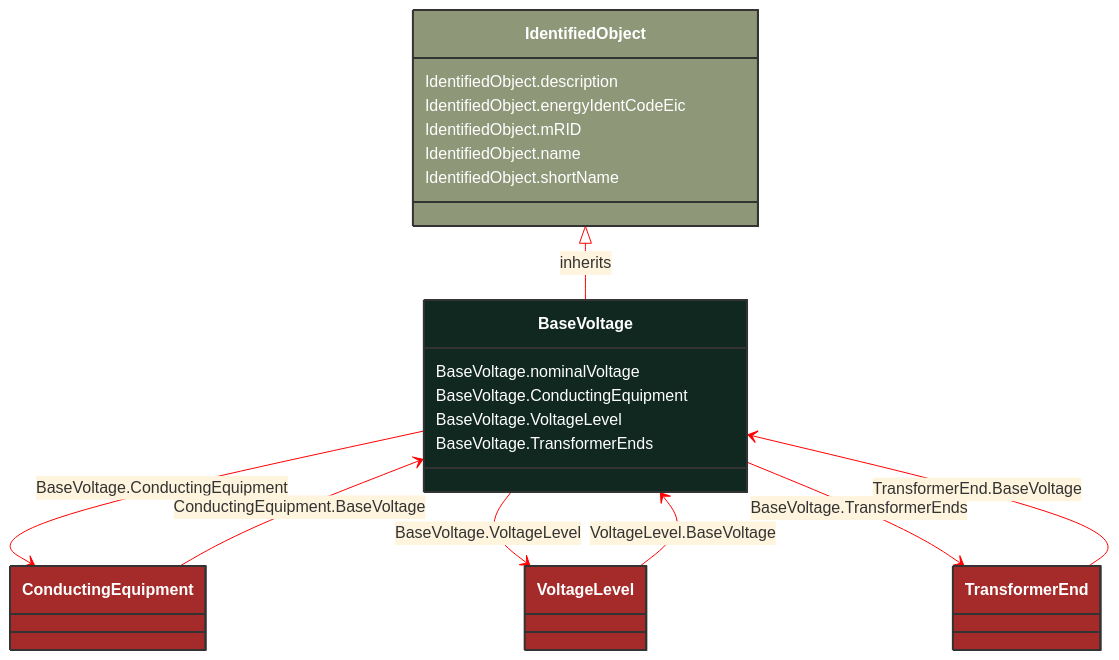
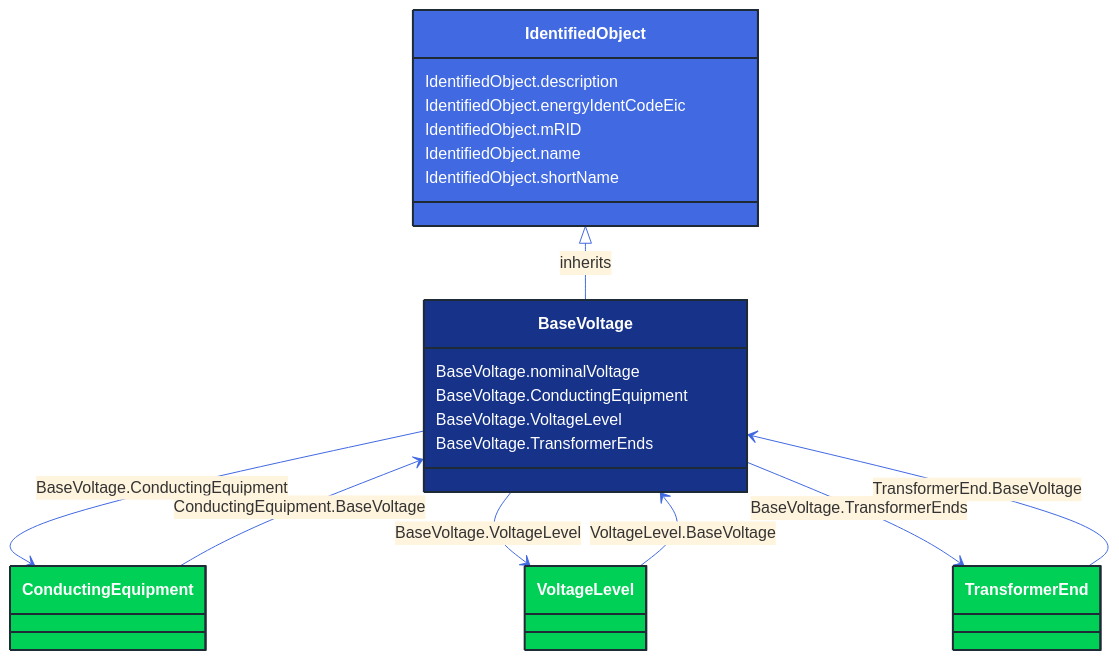
One commit to 3lbits/NoCIMExtensions changed the diagram in docs/Models/Profiles/CoreEquipment/ConcreteClasses/BaseVoltage.md. Above: the diagram before and after it, drawn with Mermaid. The commit also changed 362 other files, not shown here.

First line of the commit message:
Update diagrams and styles for improved visual consistency

````diff
--- a/docs/Models/Profiles/CoreEquipment/ConcreteClasses/BaseVoltage.md
+++ b/docs/Models/Profiles/CoreEquipment/ConcreteClasses/BaseVoltage.md
@@ -8,56 +8,56 @@
 ```mermaid
-%%{init: {'theme':'base','themeVariables': {'lineColor': '#FF0000'}}}%%
+%%{init: {'theme':'base','themeVariables': {'lineColor': '#4169E1'}}}%%
 classDiagram
     class BaseVoltage
     click BaseVoltage href "/Models/Profiles/CoreEquipment/ConcreteClasses/BaseVoltage/"
-    style BaseVoltage fill:#102820,stroke:#333,stroke-width:2px,rx:10,ry:10,color:white
+    style BaseVoltage fill:#163289,stroke:#1F2A37,stroke-width:2px,rx:10,ry:10,color:white
      
         IdentifiedObject <|-- BaseVoltage : inherits
             click IdentifiedObject href "/Models/Profiles/CoreEquipment/AbstractClasses/IdentifiedObject/"
-            style IdentifiedObject fill:#8F9779,stroke:#333,stroke-width:2px,rx:10,ry:10,color:white
+            style IdentifiedObject fill:#4169E1,stroke:#1F2A37,stroke-width:2px,rx:10,ry:10,color:white
 
         BaseVoltage --> ConductingEquipment : BaseVoltage.ConductingEquipment
 
         ConductingEquipment
             click ConductingEquipment href "/Models/Profiles/CoreEquipment/AbstractClasses/ConductingEquipment/"
-            style ConductingEquipment fill:#A52A2A,stroke:#333,stroke-width:2px,rx:10,ry:10,color:white
+            style ConductingEquipment fill:#00D156,stroke:#1F2A37,stroke-width:2px,rx:10,ry:10,color:white
         BaseVoltage --> VoltageLevel : BaseVoltage.VoltageLevel
 
         VoltageLevel
             click VoltageLevel href "/Models/Profiles/CoreEquipment/ConcreteClasses/VoltageLevel/"
-            style VoltageLevel fill:#A52A2A,stroke:#333,stroke-width:2px,rx:10,ry:10,color:white
+            style VoltageLevel fill:#00D156,stroke:#1F2A37,stroke-width:2px,rx:10,ry:10,color:white
         BaseVoltage --> TransformerEnd : BaseVoltage.TransformerEnds
 
         TransformerEnd
             click TransformerEnd href "/Models/Profiles/CoreEquipment/AbstractClasses/TransformerEnd/"
-            style TransformerEnd fill:#A52A2A,stroke:#333,stroke-width:2px,rx:10,ry:10,color:white
+            style TransformerEnd fill:#00D156,stroke:#1F2A37,stroke-width:2px,rx:10,ry:10,color:white
 
         ConductingEquipment --> BaseVoltage : ConductingEquipment.BaseVoltage
 
         ConductingEquipment
             click ConductingEquipment href "/Models/Profiles/CoreEquipment/AbstractClasses/ConductingEquipment/"
-            style ConductingEquipment fill:#A52A2A,stroke:#333,stroke-width:2px,rx:10,ry:10,color:white
+            style ConductingEquipment fill:#00D156,stroke:#1F2A37,stroke-width:2px,rx:10,ry:10,color:white
 
         TransformerEnd --> BaseVoltage : TransformerEnd.BaseVoltage
 
         TransformerEnd
             click TransformerEnd href "/Models/Profiles/CoreEquipment/AbstractClasses/TransformerEnd/"
-            style TransformerEnd fill:#A52A2A,stroke:#333,stroke-width:2px,rx:10,ry:10,color:white
+            style TransformerEnd fill:#00D156,stroke:#1F2A37,stroke-width:2px,rx:10,ry:10,color:white
 
         VoltageLevel --> BaseVoltage : VoltageLevel.BaseVoltage
 
         VoltageLevel
             click VoltageLevel href "/Models/Profiles/CoreEquipment/ConcreteClasses/VoltageLevel/"
-            style VoltageLevel fill:#A52A2A,stroke:#333,stroke-width:2px,rx:10,ry:10,color:white
+            style VoltageLevel fill:#00D156,stroke:#1F2A37,stroke-width:2px,rx:10,ry:10,color:white
 
 
         BaseVoltage : BaseVoltage.nominalVoltage
         BaseVoltage : BaseVoltage.ConductingEquipment
         BaseVoltage : BaseVoltage.VoltageLevel
         BaseVoltage : BaseVoltage.TransformerEnds
         IdentifiedObject : IdentifiedObject.description
         IdentifiedObject : IdentifiedObject.energyIdentCodeEic
         IdentifiedObject : IdentifiedObject.mRID
         IdentifiedObject : IdentifiedObject.name
         IdentifiedObject : IdentifiedObject.shortName
 ```
````
